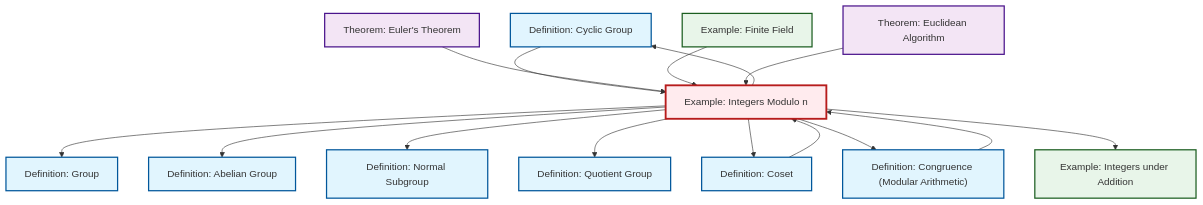
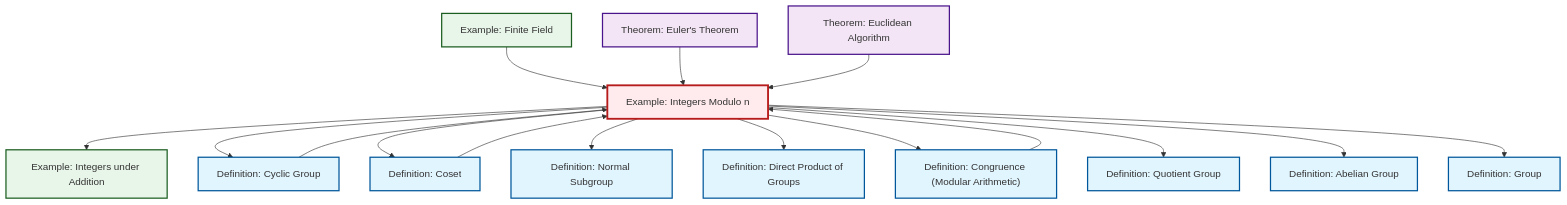
The diagram in content/ja/algebra/ex-quotient-integers-mod-n.qmd (RK0429/ModernMath), drawn with Mermaid before and after one commit. The commit also changed other lines of this file and 360 other files, not shown here.

````diff
--- a/content/ja/algebra/ex-quotient-integers-mod-n.qmd
+++ b/content/ja/algebra/ex-quotient-integers-mod-n.qmd
@@ -123,47 +134,50 @@
 ```{mermaid}
 %%| fig-cap: "Local dependency graph"
 graph TD
     classDef definition fill:#e1f5fe,stroke:#01579b,stroke-width:2px
     classDef theorem fill:#f3e5f5,stroke:#4a148c,stroke-width:2px
     classDef axiom fill:#fff3e0,stroke:#e65100,stroke-width:2px
     classDef example fill:#e8f5e9,stroke:#1b5e20,stroke-width:2px
     classDef current fill:#ffebee,stroke:#b71c1c,stroke-width:3px
+    def-normal-subgroup["Definition: Normal Subgroup"]:::definition
+    def-quotient-group["Definition: Quotient Group"]:::definition
+    thm-euler["Theorem: Euler's Theorem"]:::theorem
     def-abelian-group["Definition: Abelian Group"]:::definition
+    ex-integers-addition["Example: Integers under Addition"]:::example
+    ex-quotient-integers-mod-n["Example: Integers Modulo n"]:::example
+    def-coset["Definition: Coset"]:::definition
+    ex-finite-field["Example: Finite Field"]:::example
+    def-congruence["Definition: Congruence (Modular Arithmetic)"]:::definition
     def-cyclic-group["Definition: Cyclic Group"]:::definition
-    def-normal-subgroup["Definition: Normal Subgroup"]:::definition
-    ex-finite-field["Example: Finite Field"]:::example
-    thm-euler["Theorem: Euler's Theorem"]:::theorem
+    def-direct-product["Definition: Direct Product of Groups"]:::definition
+    def-group["Definition: Group"]:::definition
     thm-euclidean-algorithm["Theorem: Euclidean Algorithm"]:::theorem
-    def-coset["Definition: Coset"]:::definition
-    def-group["Definition: Group"]:::definition
-    ex-integers-addition["Example: Integers under Addition"]:::example
-    def-quotient-group["Definition: Quotient Group"]:::definition
-    def-congruence["Definition: Congruence (Modular Arithmetic)"]:::definition
-    ex-quotient-integers-mod-n["Example: Integers Modulo n"]:::example
-    ex-quotient-integers-mod-n --> def-group
+    ex-quotient-integers-mod-n --> ex-integers-addition
+    def-congruence --> ex-quotient-integers-mod-n
     ex-quotient-integers-mod-n --> def-cyclic-group
-    ex-quotient-integers-mod-n --> def-abelian-group
+    ex-quotient-integers-mod-n --> def-coset
     ex-quotient-integers-mod-n --> def-normal-subgroup
-    ex-quotient-integers-mod-n --> def-quotient-group
     def-cyclic-group --> ex-quotient-integers-mod-n
-    ex-quotient-integers-mod-n --> def-coset
-    ex-quotient-integers-mod-n --> def-congruence
+    ex-quotient-integers-mod-n --> def-direct-product
+    ex-finite-field --> ex-quotient-integers-mod-n
     thm-euler --> ex-quotient-integers-mod-n
-    ex-finite-field --> ex-quotient-integers-mod-n
     thm-euclidean-algorithm --> ex-quotient-integers-mod-n
     def-coset --> ex-quotient-integers-mod-n
-    def-congruence --> ex-quotient-integers-mod-n
-    ex-quotient-integers-mod-n --> ex-integers-addition
+    ex-quotient-integers-mod-n --> def-congruence
+    ex-quotient-integers-mod-n --> def-quotient-group
+    ex-quotient-integers-mod-n --> def-abelian-group
+    ex-quotient-integers-mod-n --> def-group
     class ex-quotient-integers-mod-n current
+    click def-normal-subgroup "def-normal-subgroup.html" "Definition: Normal Subgroupへ"
+    click def-quotient-group "def-quotient-group.html" "Definition: Quotient Groupへ"
+    click thm-euler "thm-euler.html" "Theorem: Euler's Theoremへ"
     click def-abelian-group "def-abelian-group.html" "Definition: Abelian Groupへ"
+    click ex-integers-addition "ex-integers-addition.html" "Example: Integers under Additionへ"
+    click def-coset "def-coset.html" "Definition: Cosetへ"
+    click ex-finite-field "ex-finite-field.html" "Example: Finite Fieldへ"
+    click def-congruence "def-congruence.html" "Definition: Congruence (Modular Arithmetic)へ"
     click def-cyclic-group "def-cyclic-group.html" "Definition: Cyclic Groupへ"
-    click def-normal-subgroup "def-normal-subgroup.html" "Definition: Normal Subgroupへ"
-    click ex-finite-field "ex-finite-field.html" "Example: Finite Fieldへ"
-    click thm-euler "thm-euler.html" "Theorem: Euler's Theoremへ"
+    click def-direct-product "def-direct-product.html" "Definition: Direct Product of Groupsへ"
+    click def-group "def-group.html" "Definition: Groupへ"
     click thm-euclidean-algorithm "thm-euclidean-algorithm.html" "Theorem: Euclidean Algorithmへ"
-    click def-coset "def-coset.html" "Definition: Cosetへ"
-    click def-group "def-group.html" "Definition: Groupへ"
-    click ex-integers-addition "ex-integers-addition.html" "Example: Integers under Additionへ"
-    click def-quotient-group "def-quotient-group.html" "Definition: Quotient Groupへ"
-    click def-congruence "def-congruence.html" "Definition: Congruence (Modular Arithmetic)へ"
 ```
````
